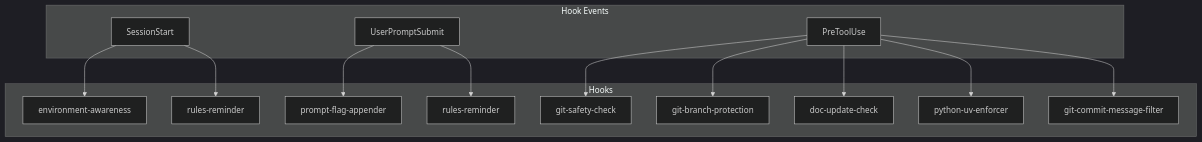
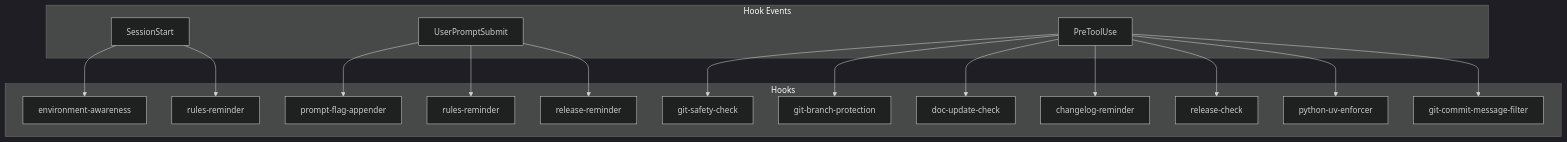
Before and after one commit to nightshift2k/claude-code-hooks: the second of 2 diagrams in README.md, drawn with Mermaid (dark theme). The commit also changed other lines of this file and 9 other files, not shown here.

Commit message:
feat: v0.1.4 - release verification hooks, changelog reminder, CI workflow

````diff
--- a/README.md
+++ b/README.md
@@ -87,19 +90,22 @@
 ```mermaid
 graph TB
     subgraph "Hook Events"
         SS[SessionStart]
         UPS[UserPromptSubmit]
         PTU[PreToolUse]
     end
     subgraph "Hooks"
         SS --> ENV[environment-awareness]
         SS --> RULES1[rules-reminder]
         UPS --> PFA[prompt-flag-appender]
         UPS --> RULES2[rules-reminder]
+        UPS --> RR[release-reminder]
         PTU --> GSC[git-safety-check]
         PTU --> GBP[git-branch-protection]
         PTU --> DUC[doc-update-check]
+        PTU --> CR[changelog-reminder]
+        PTU --> RC[release-check]
         PTU --> PUE[python-uv-enforcer]
         PTU --> GCM[git-commit-message-filter]
     end
 ```
````
